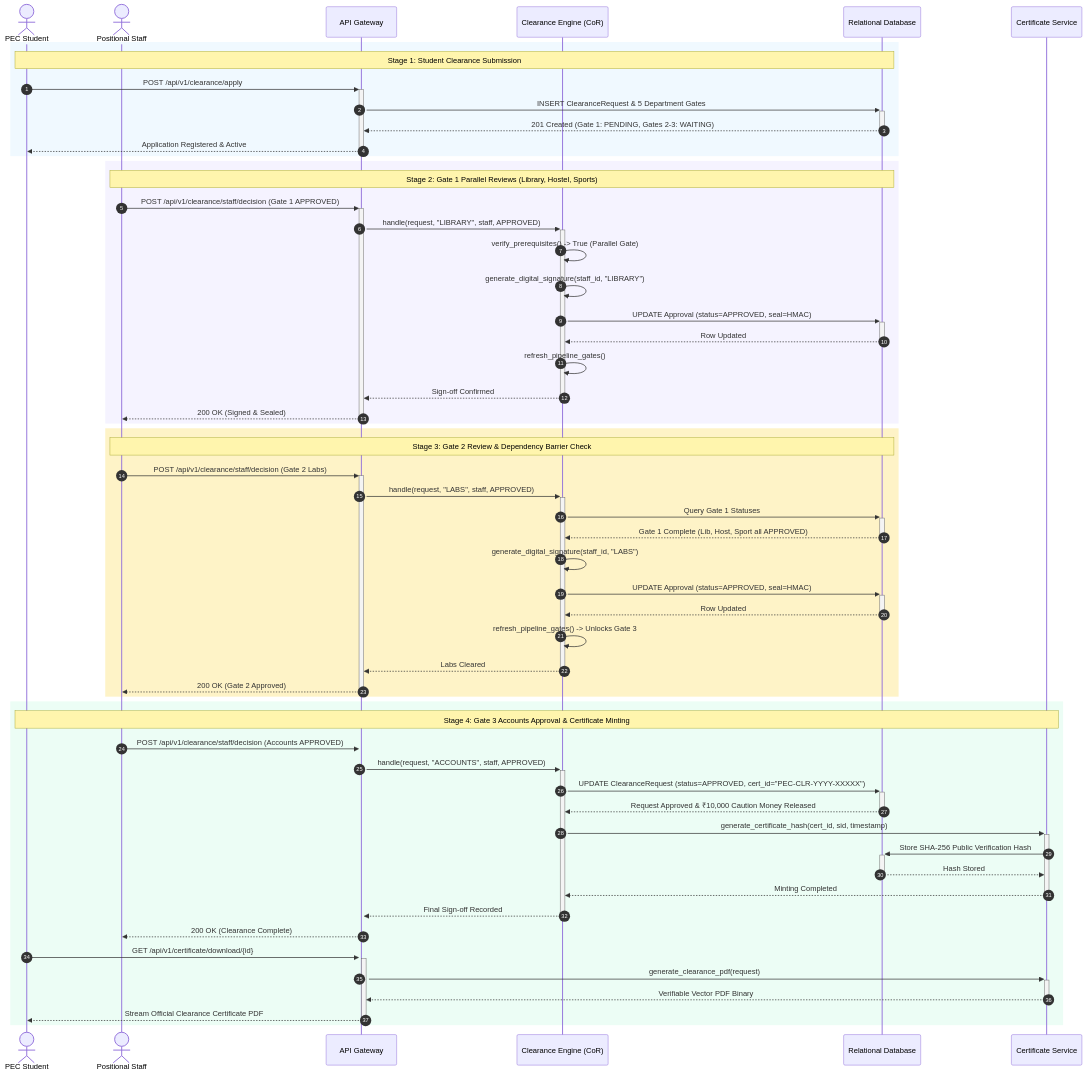
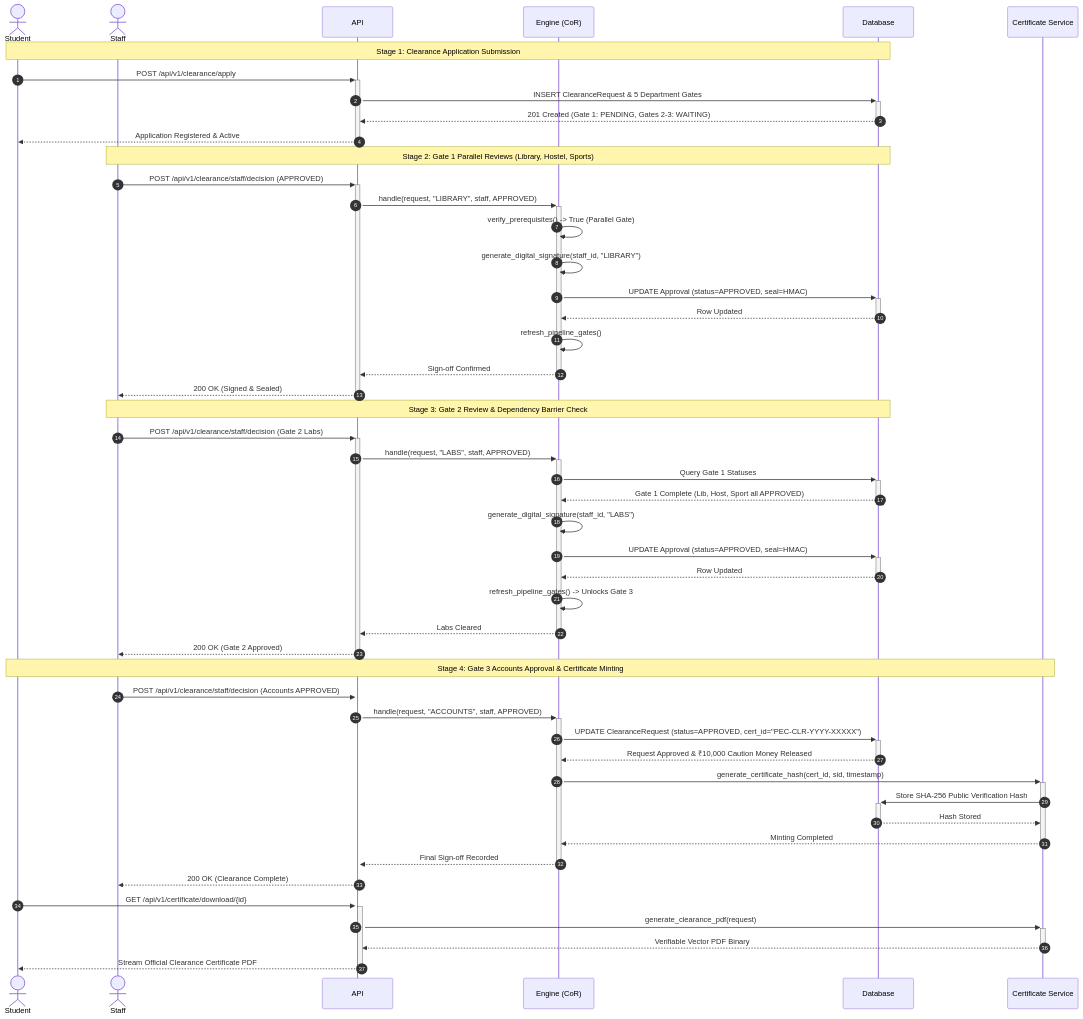
One commit to rags-git/clearance-automation-engine changed the fifth of 9 diagrams in docs/UML_DIAGRAMS.md. Above: the diagram before and after it, drawn with Mermaid. The commit also changed other lines of this file and 1 other file, not shown here.

Commit message:
docs(uml): maximize readability and visual clarity of Sequence Diagrams

````diff
--- a/docs/UML_DIAGRAMS.md
+++ b/docs/UML_DIAGRAMS.md
@@ -335,68 +332,60 @@
 ```mermaid
 sequenceDiagram
     autonumber
-    actor Student as PEC Student
-    actor Staff as Positional Staff
-    participant API as API Gateway
-    participant CoR as Clearance Engine (CoR)
-    participant DB as Relational Database
+    actor Student as Student
+    actor Staff as Staff
+    participant API as API
+    participant CoR as Engine (CoR)
+    participant DB as Database
     participant Cert as Certificate Service
 
     %% Stage 1: Initiation
-    rect rgb(240, 249, 255)
-        Note over Student, DB: Stage 1: Student Clearance Submission
-        Student->>+API: POST /api/v1/clearance/apply
-        API->>+DB: INSERT ClearanceRequest & 5 Department Gates
-        DB-->>-API: 201 Created (Gate 1: PENDING, Gates 2-3: WAITING)
-        API-->>-Student: Application Registered & Active
-    end
+    Note over Student, DB: Stage 1: Clearance Application Submission
+    Student->>+API: POST /api/v1/clearance/apply
+    API->>+DB: INSERT ClearanceRequest & 5 Department Gates
+    DB-->>-API: 201 Created (Gate 1: PENDING, Gates 2-3: WAITING)
+    API-->>-Student: Application Registered & Active
 
     %% Stage 2: Gate 1 Parallel Reviews
-    rect rgb(245, 243, 255)
-        Note over Staff, DB: Stage 2: Gate 1 Parallel Reviews (Library, Hostel, Sports)
-        Staff->>+API: POST /api/v1/clearance/staff/decision (Gate 1 APPROVED)
-        API->>+CoR: handle(request, "LIBRARY", staff, APPROVED)
-        CoR->>CoR: verify_prerequisites() -> True (Parallel Gate)
-        CoR->>CoR: generate_digital_signature(staff_id, "LIBRARY")
-        CoR->>+DB: UPDATE Approval (status=APPROVED, seal=HMAC)
-        DB-->>-CoR: Row Updated
-        CoR->>CoR: refresh_pipeline_gates()
-        CoR-->>-API: Sign-off Confirmed
-        API-->>-Staff: 200 OK (Signed & Sealed)
-    end
+    Note over Staff, DB: Stage 2: Gate 1 Parallel Reviews (Library, Hostel, Sports)
+    Staff->>+API: POST /api/v1/clearance/staff/decision (APPROVED)
+    API->>+CoR: handle(request, "LIBRARY", staff, APPROVED)
+    CoR->>CoR: verify_prerequisites() -> True (Parallel Gate)
+    CoR->>CoR: generate_digital_signature(staff_id, "LIBRARY")
+    CoR->>+DB: UPDATE Approval (status=APPROVED, seal=HMAC)
+    DB-->>-CoR: Row Updated
+    CoR->>CoR: refresh_pipeline_gates()
+    CoR-->>-API: Sign-off Confirmed
+    API-->>-Staff: 200 OK (Signed & Sealed)
 
     %% Stage 3: Gate 2 Prerequisite Barrier
-    rect rgb(254, 243, 199)
-        Note over Staff, DB: Stage 3: Gate 2 Review & Dependency Barrier Check
-        Staff->>+API: POST /api/v1/clearance/staff/decision (Gate 2 Labs)
-        API->>+CoR: handle(request, "LABS", staff, APPROVED)
-        CoR->>+DB: Query Gate 1 Statuses
-        DB-->>-CoR: Gate 1 Complete (Lib, Host, Sport all APPROVED)
-        CoR->>CoR: generate_digital_signature(staff_id, "LABS")
-        CoR->>+DB: UPDATE Approval (status=APPROVED, seal=HMAC)
-        DB-->>-CoR: Row Updated
-        CoR->>CoR: refresh_pipeline_gates() -> Unlocks Gate 3
-        CoR-->>-API: Labs Cleared
-        API-->>-Staff: 200 OK (Gate 2 Approved)
-    end
+    Note over Staff, DB: Stage 3: Gate 2 Review & Dependency Barrier Check
+    Staff->>+API: POST /api/v1/clearance/staff/decision (Gate 2 Labs)
+    API->>+CoR: handle(request, "LABS", staff, APPROVED)
+    CoR->>+DB: Query Gate 1 Statuses
+    DB-->>-CoR: Gate 1 Complete (Lib, Host, Sport all APPROVED)
+    CoR->>CoR: generate_digital_signature(staff_id, "LABS")
+    CoR->>+DB: UPDATE Approval (status=APPROVED, seal=HMAC)
+    DB-->>-CoR: Row Updated
+    CoR->>CoR: refresh_pipeline_gates() -> Unlocks Gate 3
+    CoR-->>-API: Labs Cleared
+    API-->>-Staff: 200 OK (Gate 2 Approved)
 
     %% Stage 4: Gate 3 & Minting
-    rect rgb(236, 253, 245)
-        Note over Student, Cert: Stage 4: Gate 3 Accounts Approval & Certificate Minting
-        Staff->>+API: POST /api/v1/clearance/staff/decision (Accounts APPROVED)
-        API->>+CoR: handle(request, "ACCOUNTS", staff, APPROVED)
-        CoR->>+DB: UPDATE ClearanceRequest (status=APPROVED, cert_id="PEC-CLR-YYYY-XXXXX")
-        DB-->>-CoR: Request Approved & ₹10,000 Caution Money Released
-        CoR->>+Cert: generate_certificate_hash(cert_id, sid, timestamp)
-        Cert->>+DB: Store SHA-256 Public Verification Hash
-        DB-->>-Cert: Hash Stored
-        Cert-->>-CoR: Minting Completed
-        CoR-->>-API: Final Sign-off Recorded
-        API-->>Staff: 200 OK (Clearance Complete)
+    Note over Student, Cert: Stage 4: Gate 3 Accounts Approval & Certificate Minting
+    Staff->>+API: POST /api/v1/clearance/staff/decision (Accounts APPROVED)
+    API->>+CoR: handle(request, "ACCOUNTS", staff, APPROVED)
+    CoR->>+DB: UPDATE ClearanceRequest (status=APPROVED, cert_id="PEC-CLR-YYYY-XXXXX")
+    DB-->>-CoR: Request Approved & ₹10,000 Caution Money Released
+    CoR->>+Cert: generate_certificate_hash(cert_id, sid, timestamp)
+    Cert->>+DB: Store SHA-256 Public Verification Hash
+    DB-->>-Cert: Hash Stored
+    Cert-->>-CoR: Minting Completed
+    CoR-->>-API: Final Sign-off Recorded
+    API-->>Staff: 200 OK (Clearance Complete)
 
-        Student->>+API: GET /api/v1/certificate/download/{id}
-        API->>+Cert: generate_clearance_pdf(request)
-        Cert-->>-API: Verifiable Vector PDF Binary
-        API-->>-Student: Stream Official Clearance Certificate PDF
-    end
+    Student->>+API: GET /api/v1/certificate/download/{id}
+    API->>+Cert: generate_clearance_pdf(request)
+    Cert-->>-API: Verifiable Vector PDF Binary
+    API-->>-Student: Stream Official Clearance Certificate PDF
 ```
````
